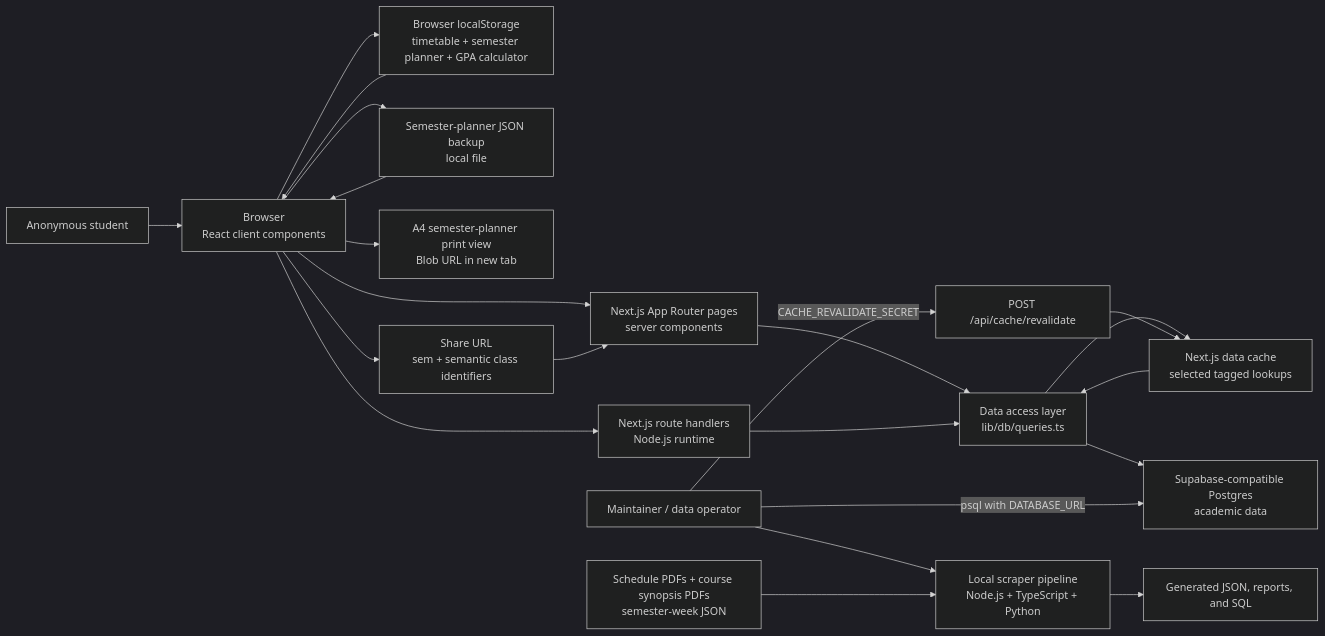
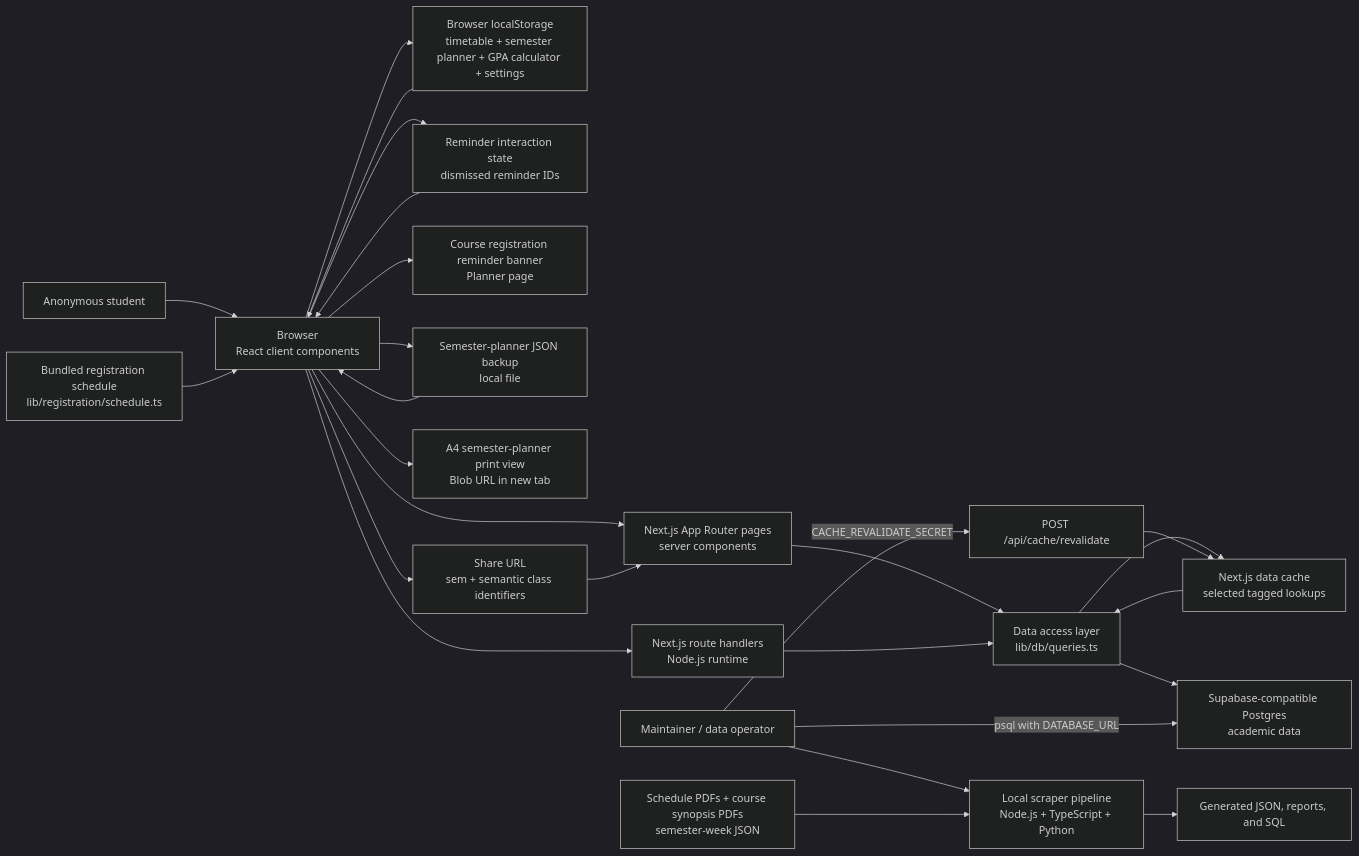
One commit to lester-td/SUSSplanner changed the first of 18 diagrams in docs/DeveloperGuide.md. Above: the diagram before and after it, drawn with Mermaid (dark theme). The commit also changed other lines of this file and 1 other file, not shown here.

````diff
--- a/docs/DeveloperGuide.md
+++ b/docs/DeveloperGuide.md
@@ -44,42 +47,49 @@
 ```mermaid
 flowchart LR
     User["Anonymous student"]
     Maintainer["Maintainer / data operator"]
     Browser["Browser<br/>React client components"]
-    LocalStorage["Browser localStorage<br/>timetable + semester planner + GPA calculator"]
+    LocalStorage["Browser localStorage<br/>timetable + semester planner + GPA calculator + settings"]
+    ReminderState["Reminder interaction state<br/>dismissed reminder IDs"]
+    RegistrationSchedule["Bundled registration schedule<br/>lib/registration/schedule.ts"]
+    ReminderBanner["Course registration reminder banner<br/>Planner page"]
     SemesterPlannerBackup["Semester-planner JSON backup<br/>local file"]
     SemesterPlannerPrint["A4 semester-planner print view<br/>Blob URL in new tab"]
     ShareURL["Share URL<br/>sem + semantic class identifiers"]
     NextPages["Next.js App Router pages<br/>server components"]
     API["Next.js route handlers<br/>Node.js runtime"]
     DAL["Data access layer<br/>lib/db/queries.ts"]
     Cache["Next.js data cache<br/>selected tagged lookups"]
     DB["Supabase-compatible Postgres<br/>academic data"]
     Sources["Schedule PDFs + course synopsis PDFs<br/>semester-week JSON"]
     Scraper["Local scraper pipeline<br/>Node.js + TypeScript + Python"]
     SQL["Generated JSON, reports, and SQL"]
     Revalidate["POST /api/cache/revalidate"]
 
     User --> Browser
     Browser --> LocalStorage
     LocalStorage --> Browser
+    Browser --> ReminderState
+    ReminderState --> Browser
+    RegistrationSchedule --> Browser
+    Browser --> ReminderBanner
     Browser --> SemesterPlannerBackup
     SemesterPlannerBackup --> Browser
     Browser --> SemesterPlannerPrint
     Browser --> NextPages
     Browser --> ShareURL
     ShareURL --> NextPages
     Browser --> API
     NextPages --> DAL
     API --> DAL
     DAL --> Cache
     Cache --> DAL
     DAL --> DB
 
     Maintainer --> Scraper
     Sources --> Scraper
     Scraper --> SQL
     Maintainer -->|"psql with DATABASE_URL"| DB
     Maintainer -->|"CACHE_REVALIDATE_SECRET"| Revalidate
     Revalidate --> Cache
 ```
````
